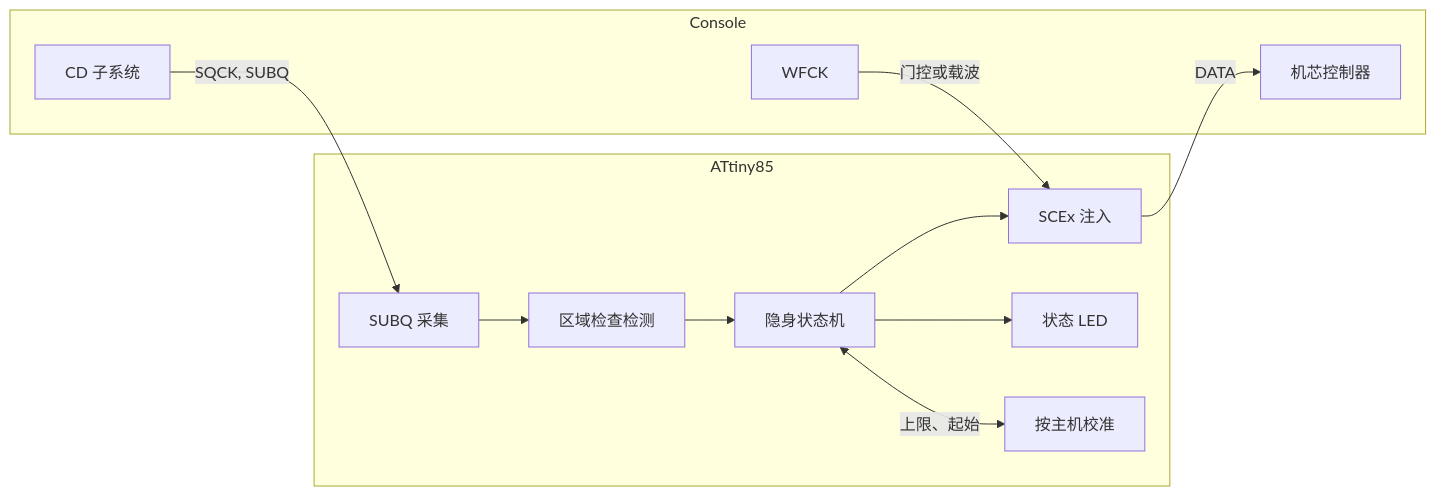
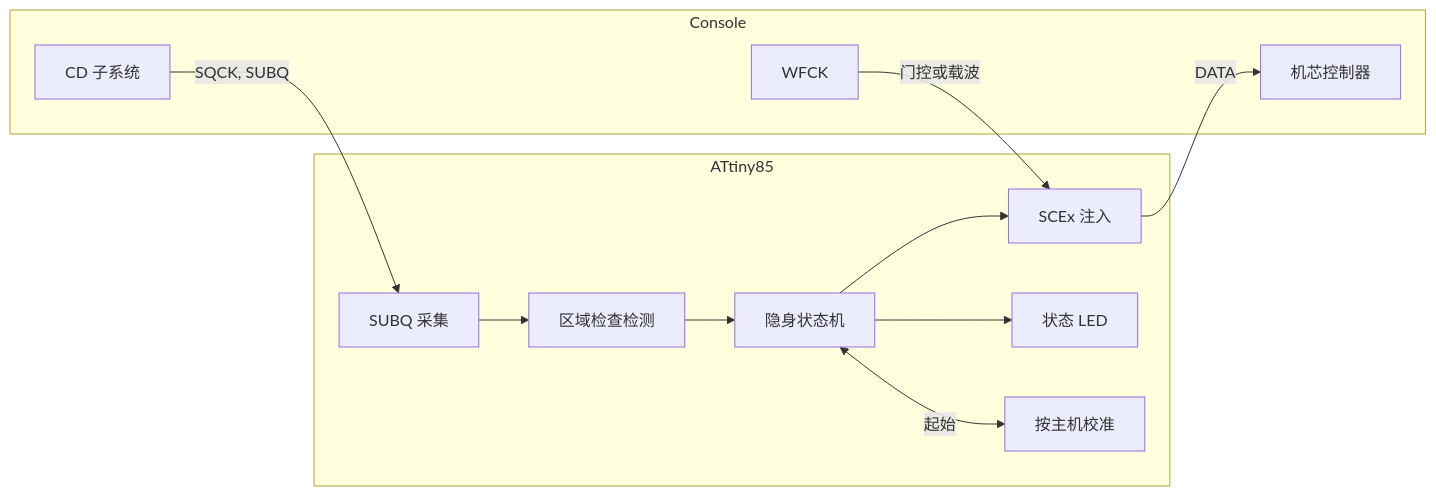
The diagram in README.zh.md (gufranco/openscex-modchip), drawn with Mermaid before and after one commit. The commit also changed other lines of this file and 26 other files, not shown here.

````diff
--- a/README.zh.md
+++ b/README.zh.md
@@ -205,22 +205,22 @@
 ```mermaid
 graph LR
     subgraph Console
         CD[CD 子系统]
         WF[WFCK]
         MECH[机芯控制器]
     end
     subgraph ATtiny85
         CAP[SUBQ 采集]
         DET[区域检查检测]
         ST[隐身状态机]
         INJ[SCEx 注入]
         LED[状态 LED]
         CAL[按主机校准]
     end
     CD -->|SQCK, SUBQ| CAP
     CAP --> DET --> ST --> INJ
     ST --> LED
-    ST <-->|上限、起始| CAL
+    ST <-->|起始| CAL
     WF -->|门控或载波| INJ
     INJ -->|DATA| MECH
 ```
````
